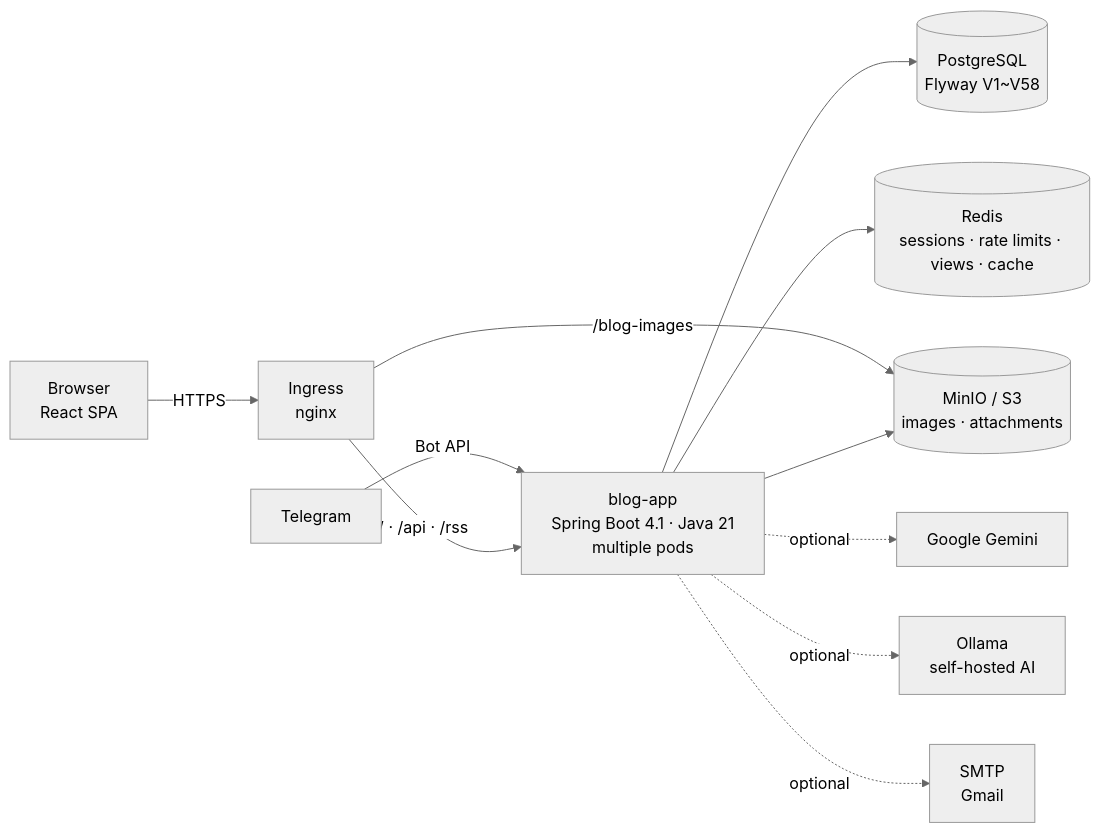
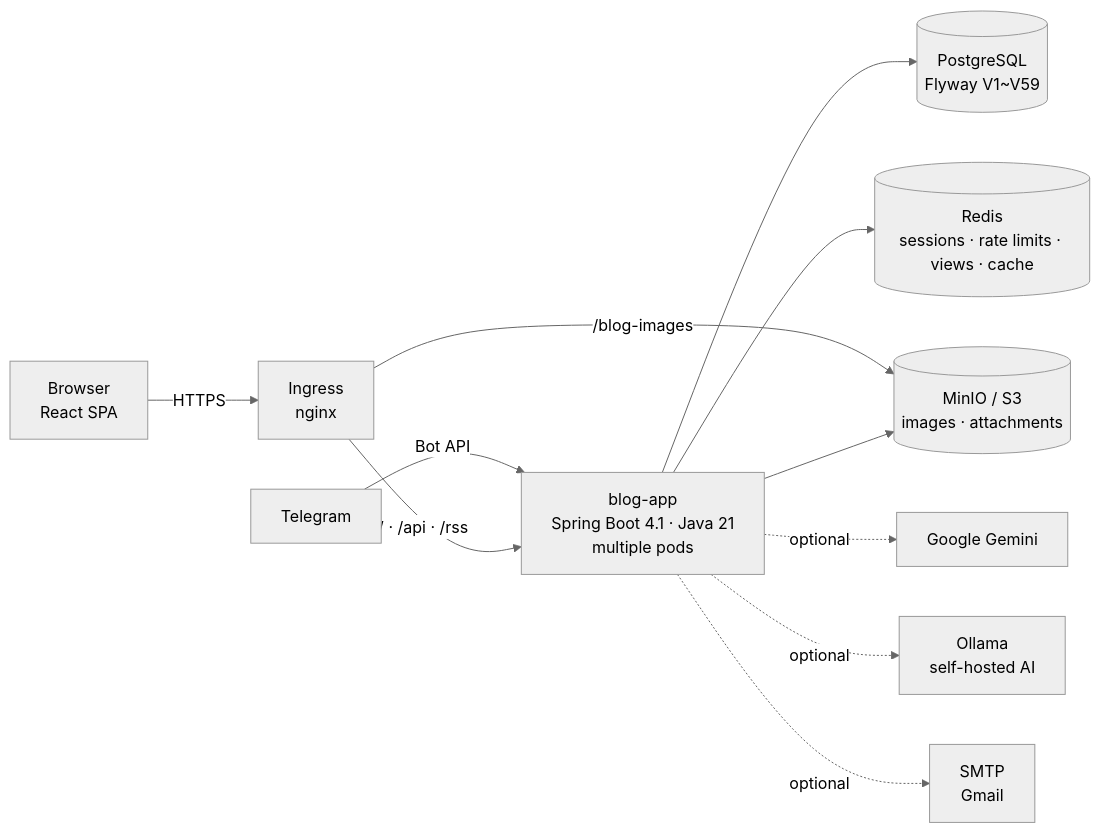
The first of 3 diagrams in README.en.md (AIGJ-01-002-blog/devlog), drawn with Mermaid (neutral theme) before and after one commit. The commit also changed other lines of this file and 19 other files, not shown here.

````diff
--- a/README.en.md
+++ b/README.en.md
@@ -163,13 +163,13 @@
 ```mermaid
 flowchart LR
     B[Browser<br/>React SPA] -->|HTTPS| I[Ingress<br/>nginx]
     T[Telegram] -->|Bot API| A
     I -->|/ · /api · /rss| A[blog-app<br/>Spring Boot 4.1 · Java 21<br/>multiple pods]
     I -->|/blog-images| M[(MinIO / S3<br/>images · attachments)]
-    A --> P[(PostgreSQL<br/>Flyway V1~V58)]
+    A --> P[(PostgreSQL<br/>Flyway V1~V59)]
     A --> R[(Redis<br/>sessions · rate limits · views · cache)]
     A --> M
     A -.optional.-> G[Google Gemini]
     A -.optional.-> O[Ollama<br/>self-hosted AI]
     A -.optional.-> S[SMTP<br/>Gmail]
 ```
````
